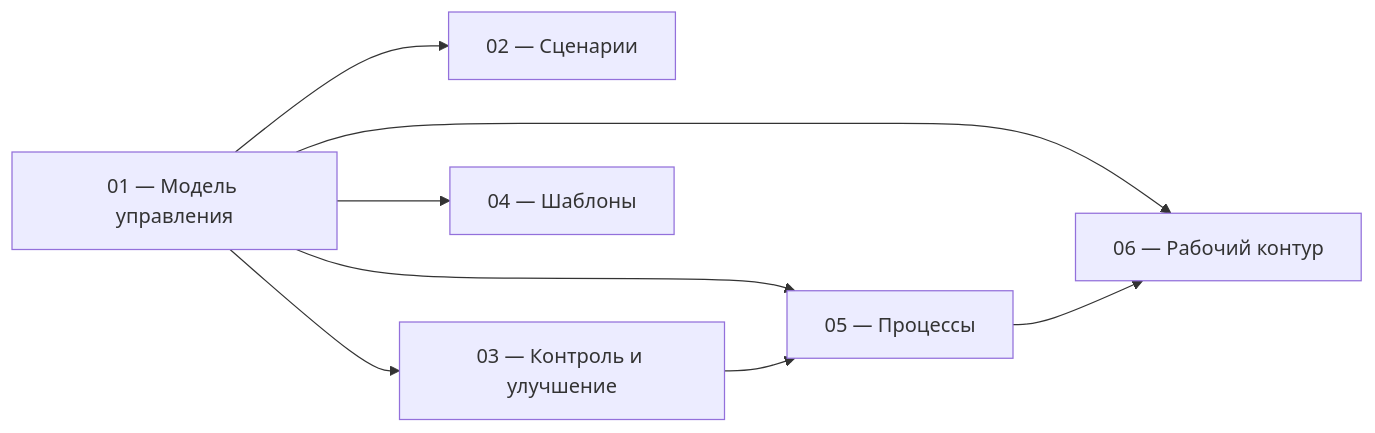
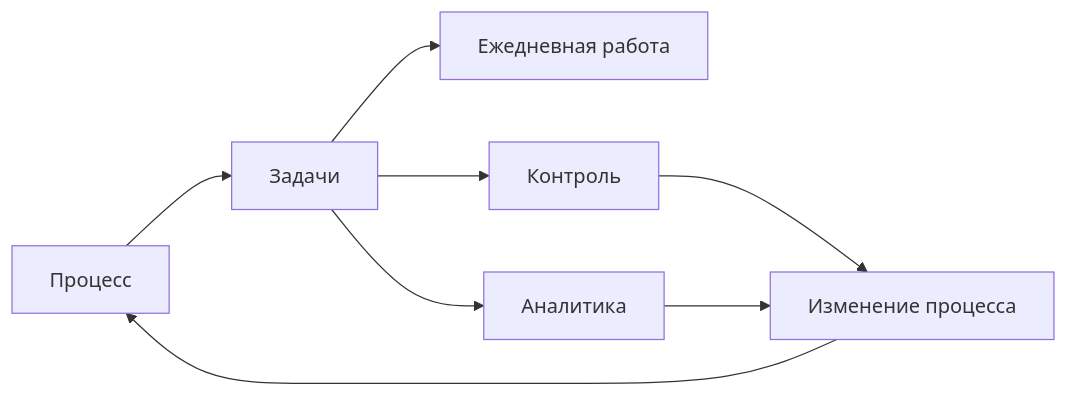
Before and after one commit to lazuale/department: the diagram in README.md, drawn with Mermaid. The commit also changed other lines of this file and 6 other files, not shown here.

````diff
--- a/README.md
+++ b/README.md
@@ -32,10 +44,10 @@
 ```mermaid
 flowchart LR
-    M[01 — Модель управления] --> S[02 — Сценарии]
-    M --> C[03 — Контроль и улучшение]
-    M --> T[04 — Шаблоны]
-    M --> P[05 — Процессы]
-    M --> O[06 — Рабочий контур]
-    C --> P
-    P --> O
+    P[Процесс] --> T[Задачи]
+    T --> W[Ежедневная работа]
+    T --> C[Контроль]
+    T --> A[Аналитика]
+    C --> I[Изменение процесса]
+    A --> I
+    I --> P
 ```
````
